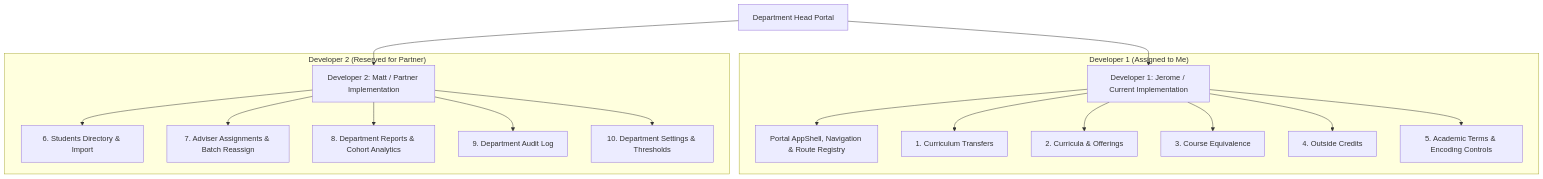
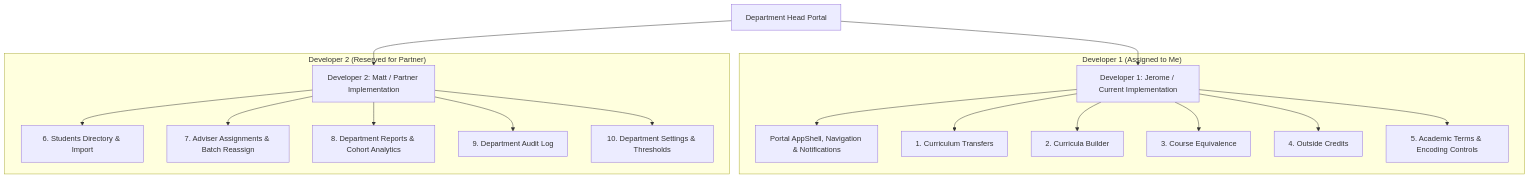
Before and after one commit to csci153-saais-2026/saais-web: the diagram in DEPARTMENT_HEAD_WORK_SPLIT.md, drawn with Mermaid. The commit also changed other lines of this file, not shown here.

Commit message:
docs(department-head): sync work split documentation with curricula builder and notifications

````diff
--- a/DEPARTMENT_HEAD_WORK_SPLIT.md
+++ b/DEPARTMENT_HEAD_WORK_SPLIT.md
@@ -78,22 +78,22 @@
 ```mermaid
 graph TD
     DH[Department Head Portal] --> D1[Developer 1: Jerome / Current Implementation]
     DH --> D2[Developer 2: Matt / Partner Implementation]
 
     subgraph "Developer 1 (Assigned to Me)"
-        D1 --> S0[Portal AppShell, Navigation & Route Registry]
+        D1 --> S0[Portal AppShell, Navigation & Notifications]
         D1 --> S1[1. Curriculum Transfers]
-        D1 --> S2[2. Curricula & Offerings]
+        D1 --> S2[2. Curricula Builder]
         D1 --> S3[3. Course Equivalence]
         D1 --> S4[4. Outside Credits]
         D1 --> S5[5. Academic Terms & Encoding Controls]
     end
 
     subgraph "Developer 2 (Reserved for Partner)"
         D2 --> S6[6. Students Directory & Import]
         D2 --> S7[7. Adviser Assignments & Batch Reassign]
         D2 --> S8[8. Department Reports & Cohort Analytics]
         D2 --> S9[9. Department Audit Log]
         D2 --> S10[10. Department Settings & Thresholds]
     end
 ```
````
